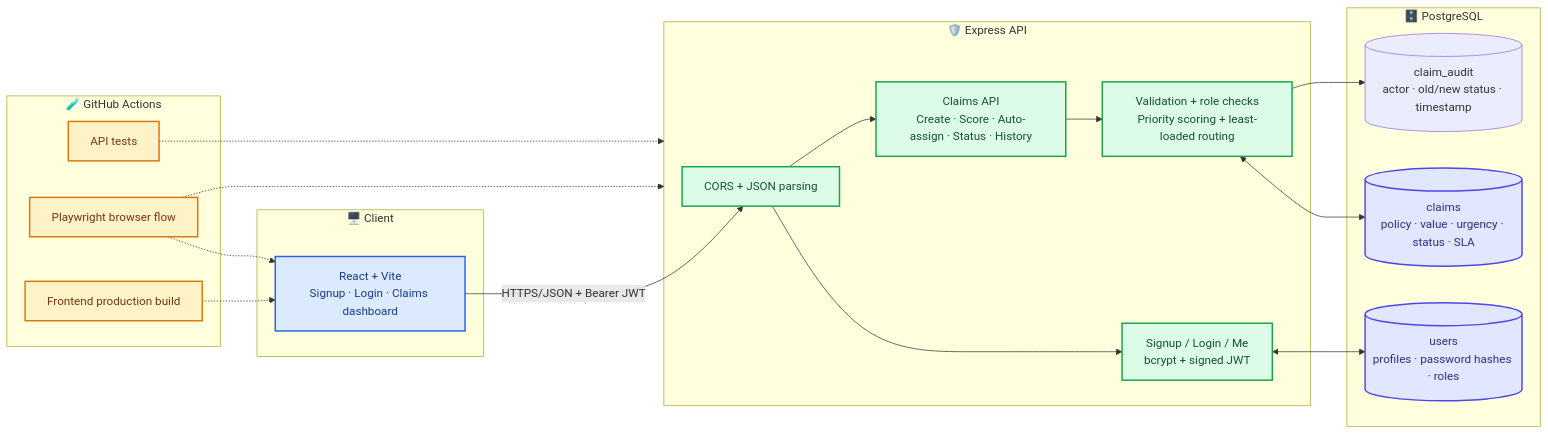
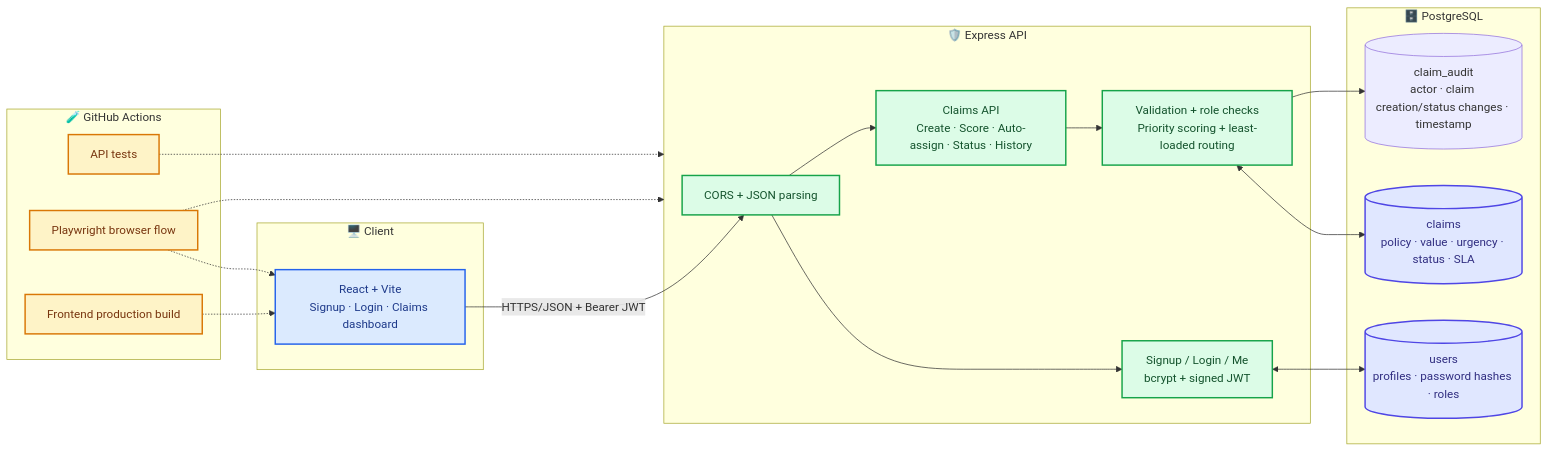
The diagram in docs/architecture.mmd (Neemasree/CLAIMSYNC), drawn with Mermaid before and after one commit.

Commit message:
docs: describe claim creation audit events

```diff
--- a/docs/architecture.mmd
+++ b/docs/architecture.mmd
@@ -1,39 +1,39 @@
 flowchart LR
   subgraph CLIENT["🖥️ Client"]
     UI["React + Vite<br/>Signup · Login · Claims dashboard"]
   end
   subgraph SERVER["🛡️ Express API"]
     CORS["CORS + JSON parsing"]
     AUTH["Signup / Login / Me<br/>bcrypt + signed JWT"]
     CLAIMS["Claims API<br/>Create · Score · Auto-assign · Status · History"]
     RULES["Validation + role checks<br/>Priority scoring + least-loaded routing"]
   end
   subgraph DATA["🗄️ PostgreSQL"]
     USERS[("users<br/>profiles · password hashes · roles")]
     CLAIMDB[("claims<br/>policy · value · urgency · status · SLA")]
-    AUDIT[("claim_audit<br/>actor · old/new status · timestamp")]
+    AUDIT[("claim_audit<br/>actor · claim creation/status changes · timestamp")]
   end
   subgraph QUALITY["🧪 GitHub Actions"]
     API_TEST["API tests"]
     E2E["Playwright browser flow"]
     BUILD["Frontend production build"]
   end
   UI -->|"HTTPS/JSON + Bearer JWT"| CORS
   CORS --> AUTH
   CORS --> CLAIMS
   CLAIMS --> RULES
   AUTH <--> USERS
   RULES <--> CLAIMDB
   RULES --> AUDIT
   API_TEST -.-> SERVER
   E2E -.-> UI
   E2E -.-> SERVER
   BUILD -.-> UI
   classDef client fill:#DBEAFE,stroke:#2563EB,color:#1E3A8A,stroke-width:2px
   classDef api fill:#DCFCE7,stroke:#16A34A,color:#14532D,stroke-width:2px
   classDef data fill:#E0E7FF,stroke:#4F46E5,color:#312E81,stroke-width:2px
   classDef quality fill:#FEF3C7,stroke:#D97706,color:#78350F,stroke-width:2px
   class UI client
   class CORS,AUTH,CLAIMS,RULES api
   class USERS,CLAIMDB data
   class API_TEST,E2E,BUILD quality
```
